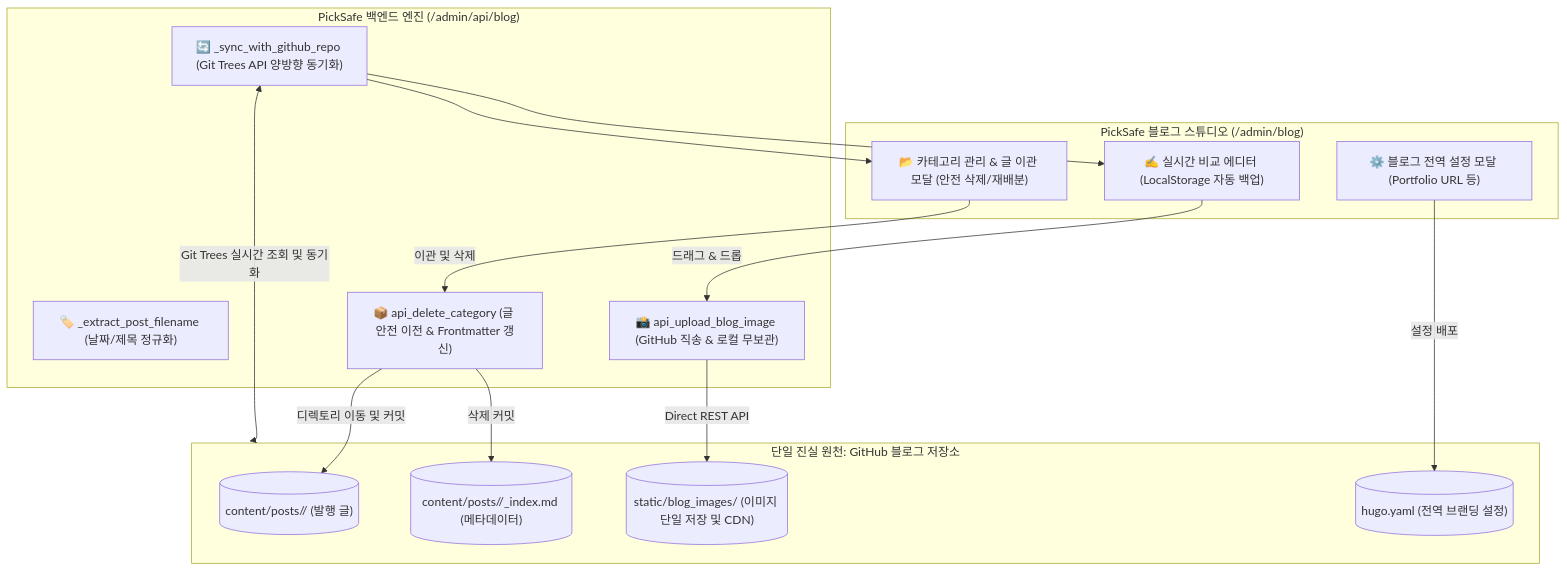
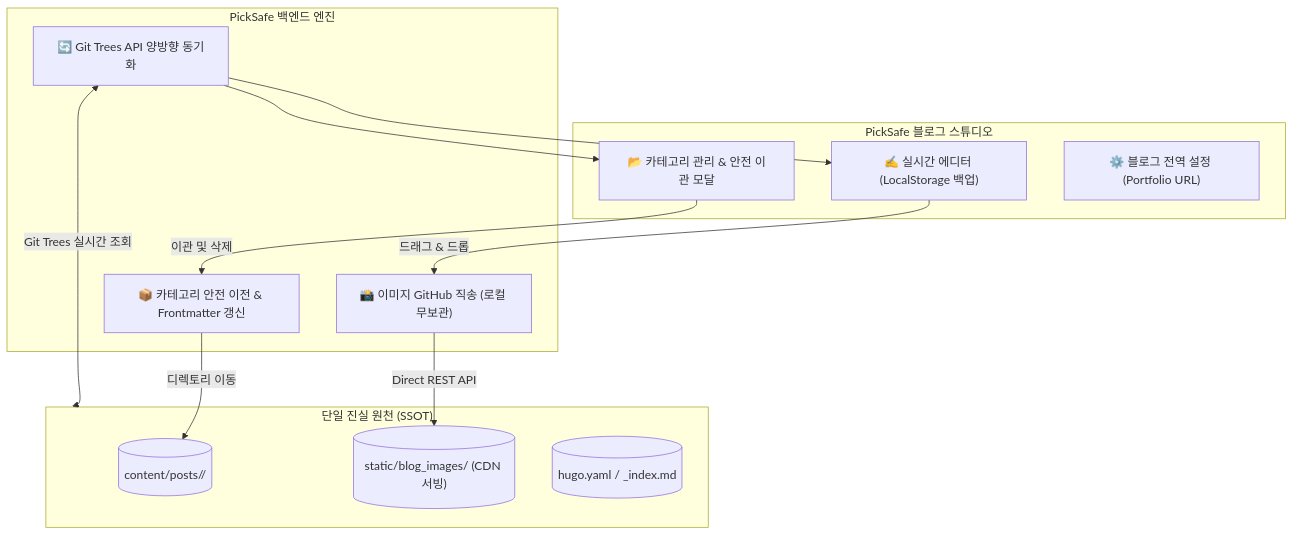
One commit to daniel-dataflow/daniel-dataflow.github.io changed the diagram in content/posts/picksafe/2026-08-31-블로그-스튜디오-양방향-동기화-SSOT-이미지-파이프라인-및-카테고리-생애주기-아키텍처.md. Above: the diagram before and after it, drawn with Mermaid. The commit also changed other lines of this file and 64 other files, not shown here.

Commit message:
Auto Post: PickSafe 의사결정 일지 업데이트

````diff
--- a/content/posts/picksafe/2026-08-31-블로그-스튜디오-양방향-동기화-SSOT-이미지-파이프라인-및-카테고리-생애주기-아키텍처.md
+++ b/content/posts/picksafe/2026-08-31-블로그-스튜디오-양방향-동기화-SSOT-이미지-파이프라인-및-카테고리-생애주기-아키텍처.md
@@ -41,32 +36,28 @@
 ```mermaid
 flowchart TD
-    subgraph PickSafe_Studio ["PickSafe 블로그 스튜디오 (/admin/blog)"]
-        UI_EDITOR["✍️ 실시간 비교 에디터 (LocalStorage 자동 백업)"]
-        UI_CAT["📂 카테고리 관리 & 글 이관 모달 (안전 삭제/재배분)"]
-        UI_SET["⚙️ 블로그 전역 설정 모달 (Portfolio URL 등)"]
+    subgraph PickSafe_Studio ["PickSafe 블로그 스튜디오"]
+        UI_EDITOR["✍️ 실시간 에디터 (LocalStorage 백업)"]
+        UI_CAT["📂 카테고리 관리 & 안전 이관 모달"]
+        UI_SET["⚙️ 블로그 전역 설정 (Portfolio URL)"]
     end
 
-    subgraph Backend_Engine ["PickSafe 백엔드 엔진 (/admin/api/blog)"]
-        SYNC["🔄 _sync_with_github_repo (Git Trees API 양방향 동기화)"]
-        PARSE["🏷️ _extract_post_filename (날짜/제목 정규화)"]
-        IMG_DIR["📸 api_upload_blog_image (GitHub 직송 & 로컬 무보관)"]
-        MIGRATE["📦 api_delete_category (글 안전 이전 & Frontmatter 갱신)"]
+    subgraph Backend_Engine ["PickSafe 백엔드 엔진"]
+        SYNC["🔄 Git Trees API 양방향 동기화"]
+        IMG_DIR["📸 이미지 GitHub 직송 (로컬 무보관)"]
+        MIGRATE["📦 카테고리 안전 이전 & Frontmatter 갱신"]
     end
 
-    subgraph GitHub_Repo ["단일 진실 원천: GitHub 블로그 저장소"]
-        GH_POSTS[("content/posts/<category>/ (발행 글)")]
-        GH_INDEX[("content/posts/<category>/_index.md (메타데이터)")]
-        GH_IMG[("static/blog_images/ (이미지 단일 저장 및 CDN)")]
-        GH_CONFIG[("hugo.yaml (전역 브랜딩 설정)")]
+    subgraph GitHub_Repo ["단일 진실 원천 (SSOT)"]
+        GH_POSTS[("content/posts/<category>/")]
+        GH_IMG[("static/blog_images/ (CDN 서빙)")]
+        GH_CONFIG[("hugo.yaml / _index.md")]
     end
 
     UI_EDITOR -->|드래그 & 드롭| IMG_DIR
     IMG_DIR -->|Direct REST API| GH_IMG
     UI_CAT -->|이관 및 삭제| MIGRATE
-    MIGRATE -->|디렉토리 이동 및 커밋| GH_POSTS
-    MIGRATE -->|삭제 커밋| GH_INDEX
-    UI_SET -->|설정 배포| GH_CONFIG
-    SYNC <-->|Git Trees 실시간 조회 및 동기화| GitHub_Repo
+    MIGRATE -->|디렉토리 이동| GH_POSTS
+    SYNC <-->|Git Trees 실시간 조회| GitHub_Repo
     SYNC --> UI_EDITOR
     SYNC --> UI_CAT
 ```
````
